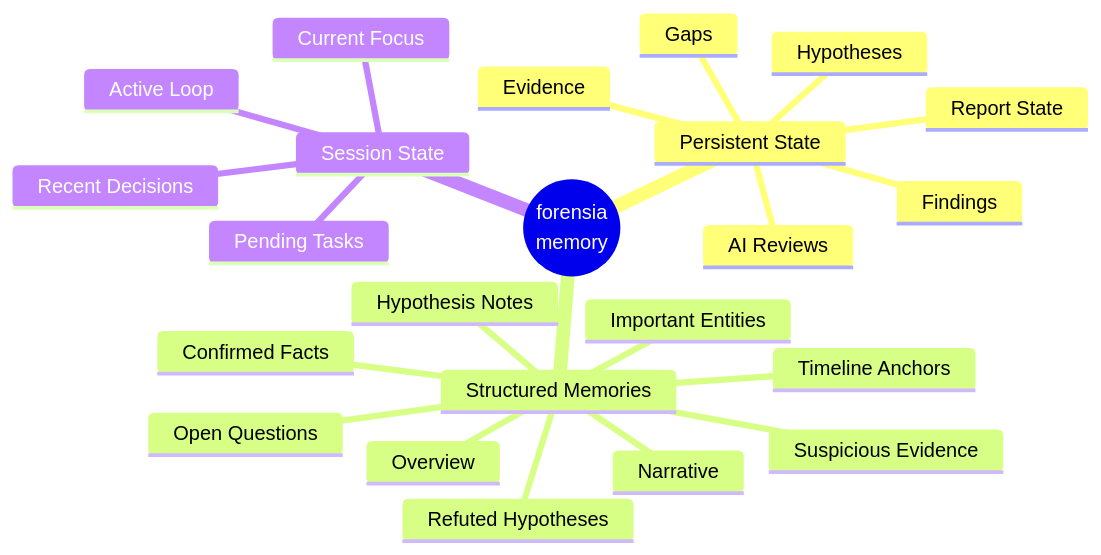
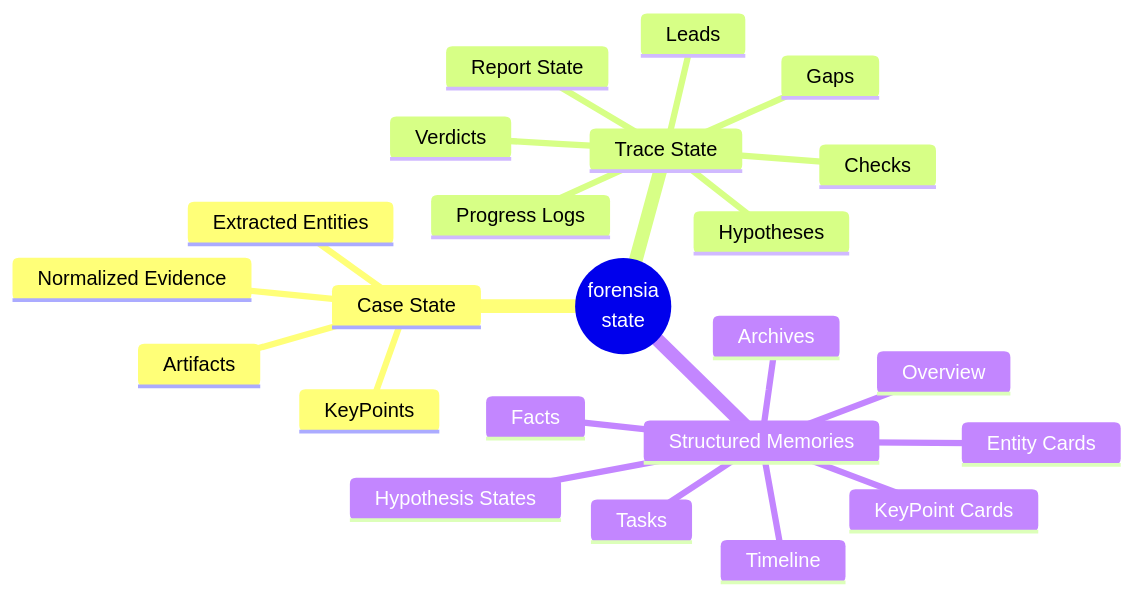
One commit to sumeshi/forensia changed the second of 2 diagrams in README.md. Above: the diagram before and after it, drawn with Mermaid. The commit also changed other lines of this file, not shown here.

````diff
--- a/README.md
+++ b/README.md
@@ -191,26 +138,26 @@
 ```mermaid
 mindmap
-  root((forensia<br>memory))
-    Persistent State
-      Evidence
-      Findings
+  root((forensia<br>state))
+    Case State
+      Artifacts
+      Normalized Evidence
+      Extracted Entities
+      KeyPoints
+    Trace State
       Hypotheses
+      Checks
+      Verdicts
       Gaps
+      Leads
       Report State
-      AI Reviews
+      Progress Logs
     Structured Memories
       Overview
-      Timeline Anchors
-      Confirmed Facts
-      Open Questions
-      Narrative
-      Refuted Hypotheses
-      Important Entities
-      Hypothesis Notes
-      Suspicious Evidence
-    Session State
-      Current Focus
-      Active Loop
-      Pending Tasks
-      Recent Decisions
+      Tasks
+      Facts
+      Timeline
+      Entity Cards
+      KeyPoint Cards
+      Hypothesis States
+      Archives
 ```
````
